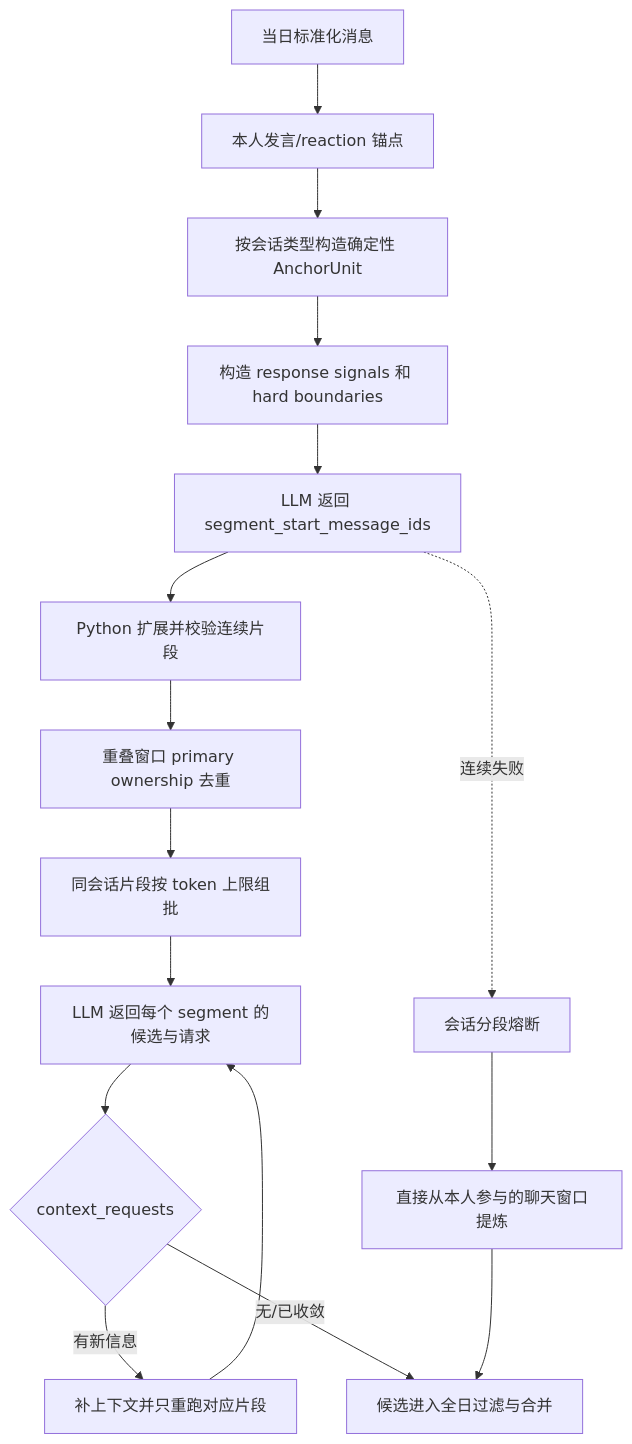
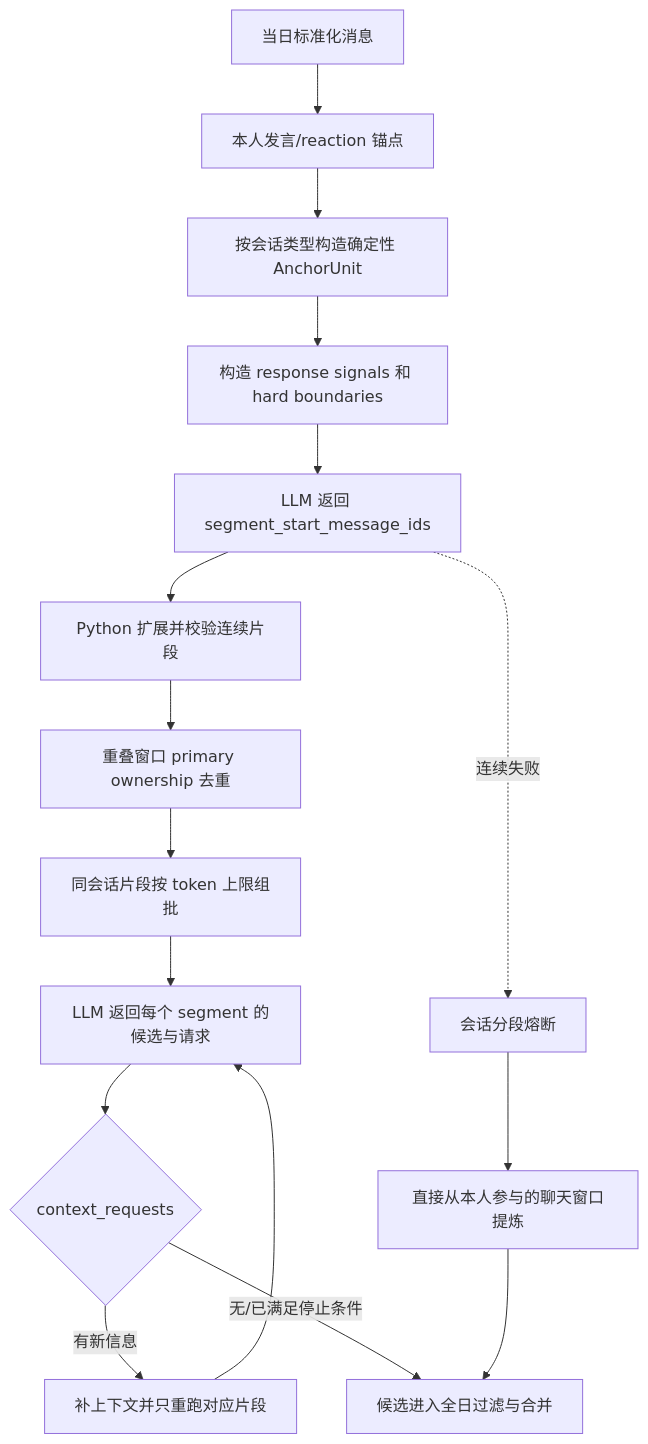
Before and after one commit to sunweisheng/WorkTrace: the diagram in docs/conversation-slice-retry-design.md, drawn with Mermaid. The commit also changed other lines of this file and 46 other files, not shown here.

````diff
--- a/docs/conversation-slice-retry-design.md
+++ b/docs/conversation-slice-retry-design.md
@@ -25,19 +25,19 @@
 ```mermaid
 flowchart TD
     A["当日标准化消息"] --> B["本人发言/reaction 锚点"]
     B --> C["按会话类型构造确定性 AnchorUnit"]
     C --> D["构造 response signals 和 hard boundaries"]
     D --> E["LLM 返回 segment_start_message_ids"]
     E --> F["Python 扩展并校验连续片段"]
     F --> G["重叠窗口 primary ownership 去重"]
     G --> H["同会话片段按 token 上限组批"]
     H --> I["LLM 返回每个 segment 的候选与请求"]
     I --> J{"context_requests"}
     J -->|"有新信息"| K["补上下文并只重跑对应片段"]
     K --> I
-    J -->|"无/已收敛"| L["候选进入全日过滤与合并"]
+    J -->|"无/已满足停止条件"| L["候选进入全日过滤与合并"]
 
     E -. "连续失败" .-> M["会话分段熔断"]
     M --> N["直接从本人参与的聊天窗口提炼"]
     N --> L
 ```
````
